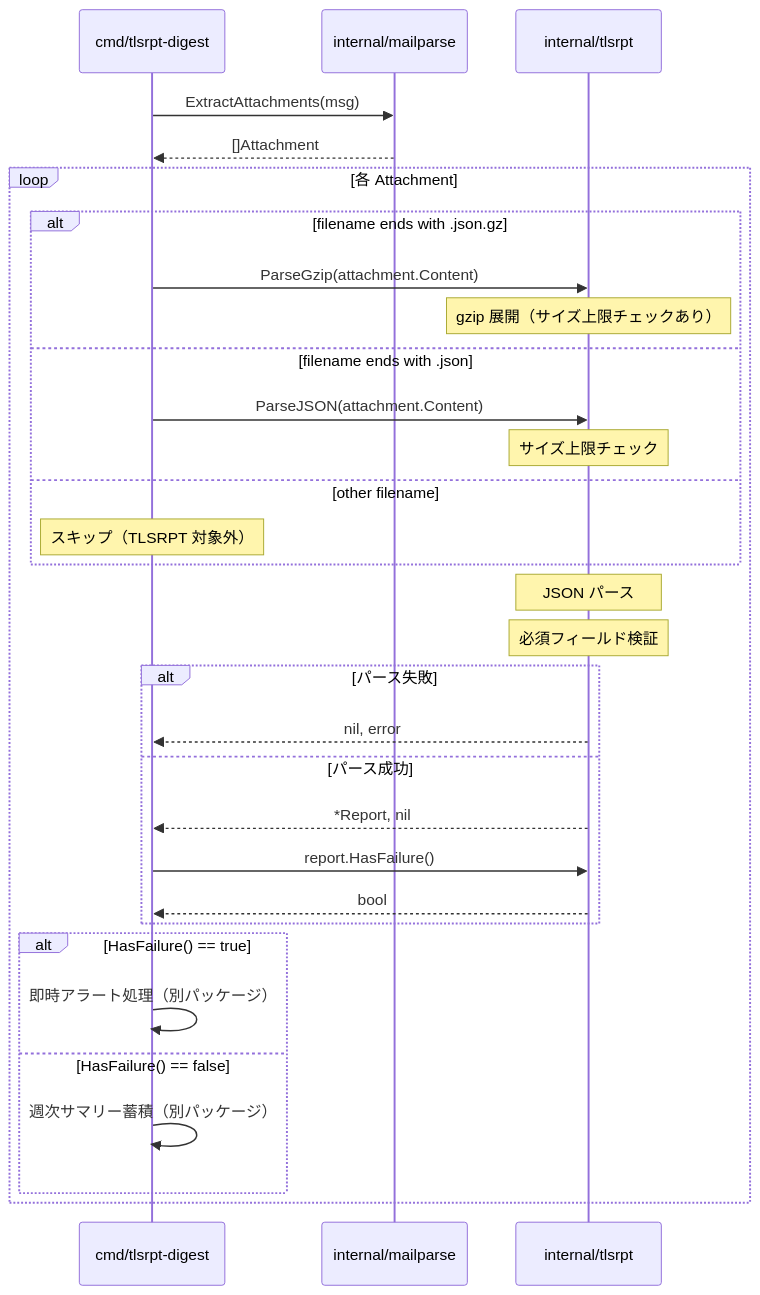
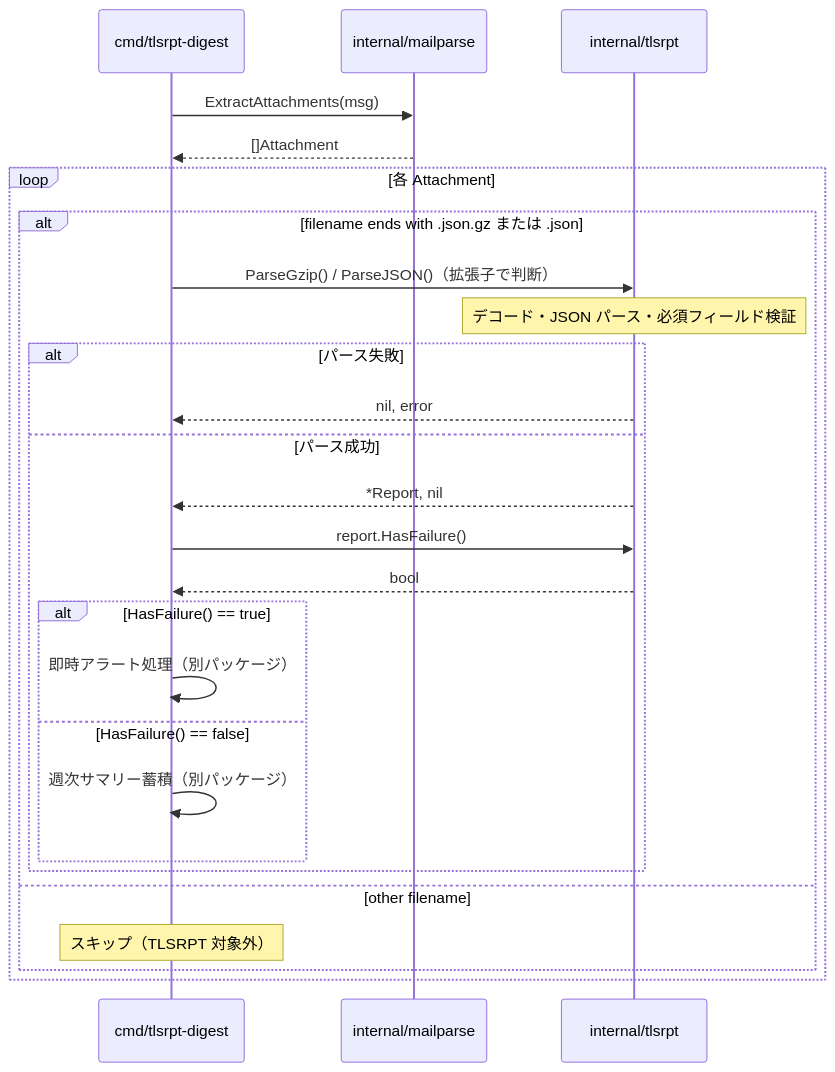
The fourth of 7 diagrams in docs/tasks/0020_tlsrpt/02_architecture.md (isseis/tlsrpt-digest), drawn with Mermaid before and after one commit. The commit also changed other lines of this file and 4 other files, not shown here.

````diff
--- a/docs/tasks/0020_tlsrpt/02_architecture.md
+++ b/docs/tasks/0020_tlsrpt/02_architecture.md
@@ -109,34 +113,29 @@
 ```mermaid
 sequenceDiagram
     participant CMD as cmd/tlsrpt-digest
     participant MP as internal/mailparse
     participant TR as internal/tlsrpt
 
     CMD->>MP: ExtractAttachments(msg)
     MP-->>CMD: []Attachment
     loop 各 Attachment
-        alt filename ends with .json.gz
-            CMD->>TR: ParseGzip(attachment.Content)
-            Note over TR: gzip 展開（サイズ上限チェックあり）
-        else filename ends with .json
-            CMD->>TR: ParseJSON(attachment.Content)
-            Note over TR: サイズ上限チェック
+        alt filename ends with .json.gz または .json
+            CMD->>TR: ParseGzip() / ParseJSON()（拡張子で判断）
+            Note over TR: デコード・JSON パース・必須フィールド検証
+            alt パース失敗
+                TR-->>CMD: nil, error
+            else パース成功
+                TR-->>CMD: *Report, nil
+                CMD->>TR: report.HasFailure()
+                TR-->>CMD: bool
+                alt HasFailure() == true
+                    CMD->>CMD: 即時アラート処理（別パッケージ）
+                else HasFailure() == false
+                    CMD->>CMD: 週次サマリー蓄積（別パッケージ）
+                end
+            end
         else other filename
             Note over CMD: スキップ（TLSRPT 対象外）
         end
-        Note over TR: JSON パース
-        Note over TR: 必須フィールド検証
-        alt パース失敗
-            TR-->>CMD: nil, error
-        else パース成功
-            TR-->>CMD: *Report, nil
-            CMD->>TR: report.HasFailure()
-            TR-->>CMD: bool
-        end
-        alt HasFailure() == true
-            CMD->>CMD: 即時アラート処理（別パッケージ）
-        else HasFailure() == false
-            CMD->>CMD: 週次サマリー蓄積（別パッケージ）
-        end
     end
 ```
````
